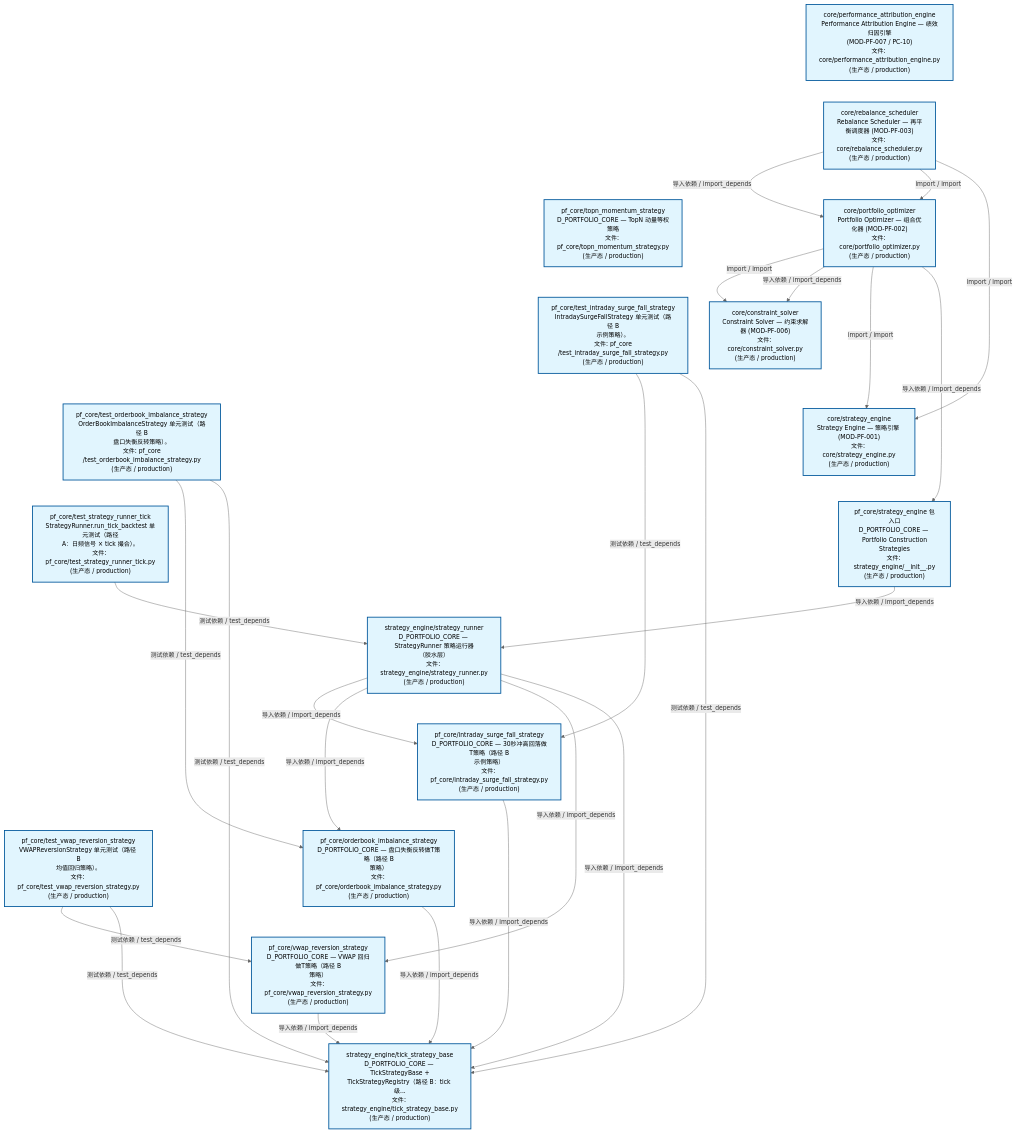
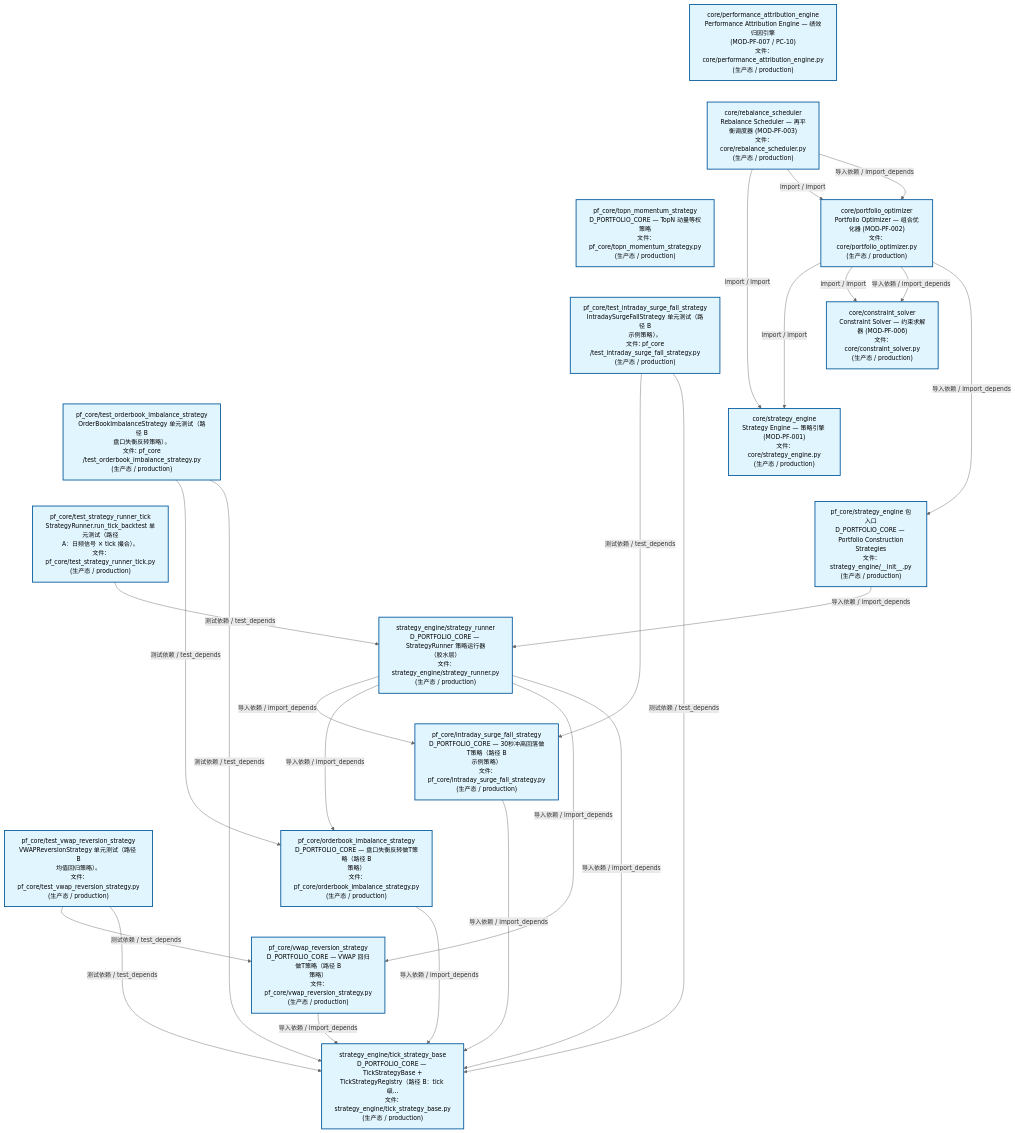
The second of 3 diagrams in docs/02_enterprise_architecture/02_domain_architecture_docs/63_d_pf_core.md (xuanFelixVan/ZephyrAlpha), drawn with Mermaid before and after one commit. The commit also changed other lines of this file and 45 other files, not shown here.

````diff
--- a/docs/02_enterprise_architecture/02_domain_architecture_docs/63_d_pf_core.md
+++ b/docs/02_enterprise_architecture/02_domain_architecture_docs/63_d_pf_core.md
@@ -139,57 +139,57 @@
 ```mermaid
 %%{init: {'theme': 'base', 'themeVariables': {'primaryColor': '#eaeaea', 'primaryTextColor': '#333333', 'primaryBorderColor': '#666666', 'lineColor': '#666666', 'secondaryColor': '#eaeaea', 'tertiaryColor': '#eaeaea', 'fontSize': '14px'}}}%%
 flowchart TD
     src_zephyr_pf_core_core_performance_attribution_engine_py["core/performance_attribution_engine<br/>Performance Attribution Engine — 绩效归因引擎<br/>(MOD-PF-007 / PC-10)<br/>文件: core/performance_attribution_engine.py<br/>(生产态 / production)"]
     src_zephyr_pf_core_core_rebalance_scheduler_py["core/rebalance_scheduler<br/>Rebalance Scheduler — 再平衡调度器 (MOD-PF-003)<br/>文件: core/rebalance_scheduler.py<br/>(生产态 / production)"]
     src_zephyr_pf_core_topn_momentum_strategy_py["pf_core/topn_momentum_strategy<br/>D_PORTFOLIO_CORE — TopN 动量等权策略<br/>文件: pf_core/topn_momentum_strategy.py<br/>(生产态 / production)"]
     tests_pf_core_test_intraday_surge_fall_strategy_py["pf_core/test_intraday_surge_fall_strategy<br/>IntradaySurgeFallStrategy 单元测试（路径 B<br/>示例策略）。<br/>文件: pf_core<br/>/test_intraday_surge_fall_strategy.py<br/>(生产态 / production)"]
     tests_pf_core_test_orderbook_imbalance_strategy_py["pf_core/test_orderbook_imbalance_strategy<br/>OrderBookImbalanceStrategy 单元测试（路径 B<br/>盘口失衡反转策略）。<br/>文件: pf_core<br/>/test_orderbook_imbalance_strategy.py<br/>(生产态 / production)"]
     tests_pf_core_test_strategy_runner_tick_py["pf_core/test_strategy_runner_tick<br/>StrategyRunner.run_tick_backtest 单元测试（路径<br/>A：日频信号 × tick 撮合）。<br/>文件: pf_core/test_strategy_runner_tick.py<br/>(生产态 / production)"]
     tests_pf_core_test_vwap_reversion_strategy_py["pf_core/test_vwap_reversion_strategy<br/>VWAPReversionStrategy 单元测试（路径 B<br/>均值回归策略）。<br/>文件: pf_core/test_vwap_reversion_strategy.py<br/>(生产态 / production)"]
     src_zephyr_pf_core_core_performance_attribution_engine_py ~~~ src_zephyr_pf_core_core_rebalance_scheduler_py
     src_zephyr_pf_core_core_rebalance_scheduler_py ~~~ src_zephyr_pf_core_topn_momentum_strategy_py
     src_zephyr_pf_core_topn_momentum_strategy_py ~~~ tests_pf_core_test_intraday_surge_fall_strategy_py
     tests_pf_core_test_intraday_surge_fall_strategy_py ~~~ tests_pf_core_test_orderbook_imbalance_strategy_py
     tests_pf_core_test_orderbook_imbalance_strategy_py ~~~ tests_pf_core_test_strategy_runner_tick_py
     tests_pf_core_test_strategy_runner_tick_py ~~~ tests_pf_core_test_vwap_reversion_strategy_py
     src_zephyr_pf_core_core_portfolio_optimizer_py["core/portfolio_optimizer<br/>Portfolio Optimizer — 组合优化器 (MOD-PF-002)<br/>文件: core/portfolio_optimizer.py<br/>(生产态 / production)"]
     src_zephyr_pf_core_core_constraint_solver_py["core/constraint_solver<br/>Constraint Solver — 约束求解器 (MOD-PF-006)<br/>文件: core/constraint_solver.py<br/>(生产态 / production)"]
     src_zephyr_pf_core_core_strategy_engine_py["core/strategy_engine<br/>Strategy Engine — 策略引擎 (MOD-PF-001)<br/>文件: core/strategy_engine.py<br/>(生产态 / production)"]
     src_zephyr_pf_core_strategy_engine_init_py["pf_core/strategy_engine 包入口<br/>D_PORTFOLIO_CORE — Portfolio Construction<br/>Strategies<br/>文件: strategy_engine/__init__.py<br/>(生产态 / production)"]
     src_zephyr_pf_core_core_constraint_solver_py ~~~ src_zephyr_pf_core_core_strategy_engine_py
     src_zephyr_pf_core_core_strategy_engine_py ~~~ src_zephyr_pf_core_strategy_engine_init_py
     src_zephyr_pf_core_strategy_engine_strategy_runner_py["strategy_engine/strategy_runner<br/>D_PORTFOLIO_CORE — StrategyRunner 策略运行器<br/>（胶水层）<br/>文件: strategy_engine/strategy_runner.py<br/>(生产态 / production)"]
     src_zephyr_pf_core_intraday_surge_fall_strategy_py["pf_core/intraday_surge_fall_strategy<br/>D_PORTFOLIO_CORE — 30秒冲高回落做T策略（路径 B<br/>示例策略）<br/>文件: pf_core/intraday_surge_fall_strategy.py<br/>(生产态 / production)"]
     src_zephyr_pf_core_orderbook_imbalance_strategy_py["pf_core/orderbook_imbalance_strategy<br/>D_PORTFOLIO_CORE — 盘口失衡反转做T策略（路径 B<br/>策略）<br/>文件: pf_core/orderbook_imbalance_strategy.py<br/>(生产态 / production)"]
     src_zephyr_pf_core_vwap_reversion_strategy_py["pf_core/vwap_reversion_strategy<br/>D_PORTFOLIO_CORE — VWAP 回归做T策略（路径 B<br/>策略）<br/>文件: pf_core/vwap_reversion_strategy.py<br/>(生产态 / production)"]
     src_zephyr_pf_core_intraday_surge_fall_strategy_py ~~~ src_zephyr_pf_core_orderbook_imbalance_strategy_py
     src_zephyr_pf_core_orderbook_imbalance_strategy_py ~~~ src_zephyr_pf_core_vwap_reversion_strategy_py
     src_zephyr_pf_core_strategy_engine_tick_strategy_base_py["strategy_engine/tick_strategy_base<br/>D_PORTFOLIO_CORE — TickStrategyBase +<br/>TickStrategyRegistry（路径 B：tick 级...<br/>文件: strategy_engine/tick_strategy_base.py<br/>(生产态 / production)"]
     src_zephyr_pf_core_intraday_surge_fall_strategy_py -->|导入依赖 / import_depends| src_zephyr_pf_core_strategy_engine_tick_strategy_base_py
     src_zephyr_pf_core_orderbook_imbalance_strategy_py -->|导入依赖 / import_depends| src_zephyr_pf_core_strategy_engine_tick_strategy_base_py
     src_zephyr_pf_core_vwap_reversion_strategy_py -->|导入依赖 / import_depends| src_zephyr_pf_core_strategy_engine_tick_strategy_base_py
+    src_zephyr_pf_core_core_rebalance_scheduler_py -->|import / import| src_zephyr_pf_core_core_strategy_engine_py
+    src_zephyr_pf_core_core_rebalance_scheduler_py -->|import / import| src_zephyr_pf_core_core_portfolio_optimizer_py
     src_zephyr_pf_core_core_rebalance_scheduler_py -->|导入依赖 / import_depends| src_zephyr_pf_core_core_portfolio_optimizer_py
-    src_zephyr_pf_core_core_rebalance_scheduler_py -->|import / import| src_zephyr_pf_core_core_portfolio_optimizer_py
-    src_zephyr_pf_core_core_rebalance_scheduler_py -->|import / import| src_zephyr_pf_core_core_strategy_engine_py
+    src_zephyr_pf_core_core_portfolio_optimizer_py -->|import / import| src_zephyr_pf_core_core_strategy_engine_py
     src_zephyr_pf_core_core_portfolio_optimizer_py -->|import / import| src_zephyr_pf_core_core_constraint_solver_py
     src_zephyr_pf_core_core_portfolio_optimizer_py -->|导入依赖 / import_depends| src_zephyr_pf_core_core_constraint_solver_py
-    src_zephyr_pf_core_core_portfolio_optimizer_py -->|import / import| src_zephyr_pf_core_core_strategy_engine_py
     src_zephyr_pf_core_core_portfolio_optimizer_py -->|导入依赖 / import_depends| src_zephyr_pf_core_strategy_engine_init_py
-    src_zephyr_pf_core_strategy_engine_init_py -->|导入依赖 / import_depends| src_zephyr_pf_core_strategy_engine_strategy_runner_py
     src_zephyr_pf_core_strategy_engine_strategy_runner_py -->|导入依赖 / import_depends| src_zephyr_pf_core_intraday_surge_fall_strategy_py
     src_zephyr_pf_core_strategy_engine_strategy_runner_py -->|导入依赖 / import_depends| src_zephyr_pf_core_orderbook_imbalance_strategy_py
     src_zephyr_pf_core_strategy_engine_strategy_runner_py -->|导入依赖 / import_depends| src_zephyr_pf_core_vwap_reversion_strategy_py
     src_zephyr_pf_core_strategy_engine_strategy_runner_py -->|导入依赖 / import_depends| src_zephyr_pf_core_strategy_engine_tick_strategy_base_py
+    src_zephyr_pf_core_strategy_engine_init_py -->|导入依赖 / import_depends| src_zephyr_pf_core_strategy_engine_strategy_runner_py
+    tests_pf_core_test_orderbook_imbalance_strategy_py -->|测试依赖 / test_depends| src_zephyr_pf_core_orderbook_imbalance_strategy_py
+    tests_pf_core_test_orderbook_imbalance_strategy_py -->|测试依赖 / test_depends| src_zephyr_pf_core_strategy_engine_tick_strategy_base_py
     tests_pf_core_test_intraday_surge_fall_strategy_py -->|测试依赖 / test_depends| src_zephyr_pf_core_intraday_surge_fall_strategy_py
     tests_pf_core_test_intraday_surge_fall_strategy_py -->|测试依赖 / test_depends| src_zephyr_pf_core_strategy_engine_tick_strategy_base_py
-    tests_pf_core_test_orderbook_imbalance_strategy_py -->|测试依赖 / test_depends| src_zephyr_pf_core_orderbook_imbalance_strategy_py
-    tests_pf_core_test_orderbook_imbalance_strategy_py -->|测试依赖 / test_depends| src_zephyr_pf_core_strategy_engine_tick_strategy_base_py
+    tests_pf_core_test_strategy_runner_tick_py -->|测试依赖 / test_depends| src_zephyr_pf_core_strategy_engine_strategy_runner_py
     tests_pf_core_test_vwap_reversion_strategy_py -->|测试依赖 / test_depends| src_zephyr_pf_core_vwap_reversion_strategy_py
     tests_pf_core_test_vwap_reversion_strategy_py -->|测试依赖 / test_depends| src_zephyr_pf_core_strategy_engine_tick_strategy_base_py
-    tests_pf_core_test_strategy_runner_tick_py -->|测试依赖 / test_depends| src_zephyr_pf_core_strategy_engine_strategy_runner_py
     classDef production fill:#e1f5fe,stroke:#01579b,stroke-width:2px,color:#000
     classDef design fill:#fff3e0,stroke:#e65100,stroke-width:2px,color:#000,stroke-dasharray: 5 5
     classDef external_prod fill:#e8f4fd,stroke:#0277bd,stroke-width:1px,color:#000
     classDef external_design fill:#fff8e7,stroke:#ef6c00,stroke-width:1px,color:#000,stroke-dasharray: 5 5
     class src_zephyr_pf_core_core_constraint_solver_py,src_zephyr_pf_core_core_performance_attribution_engine_py,src_zephyr_pf_core_core_portfolio_optimizer_py,src_zephyr_pf_core_core_rebalance_scheduler_py,src_zephyr_pf_core_core_strategy_engine_py,src_zephyr_pf_core_intraday_surge_fall_strategy_py,src_zephyr_pf_core_orderbook_imbalance_strategy_py,src_zephyr_pf_core_strategy_engine_init_py,src_zephyr_pf_core_strategy_engine_strategy_runner_py,src_zephyr_pf_core_strategy_engine_tick_strategy_base_py,src_zephyr_pf_core_topn_momentum_strategy_py,src_zephyr_pf_core_vwap_reversion_strategy_py,tests_pf_core_test_intraday_surge_fall_strategy_py,tests_pf_core_test_orderbook_imbalance_strategy_py,tests_pf_core_test_strategy_runner_tick_py,tests_pf_core_test_vwap_reversion_strategy_py production
 ```
````
